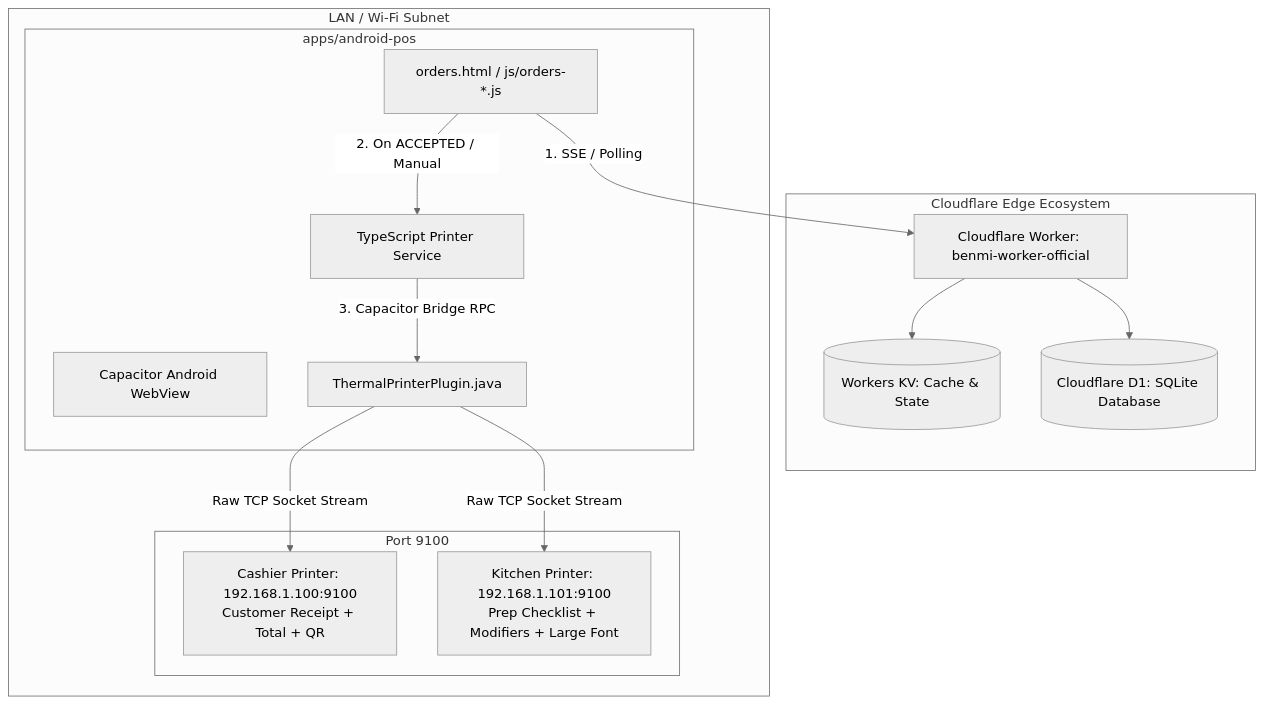
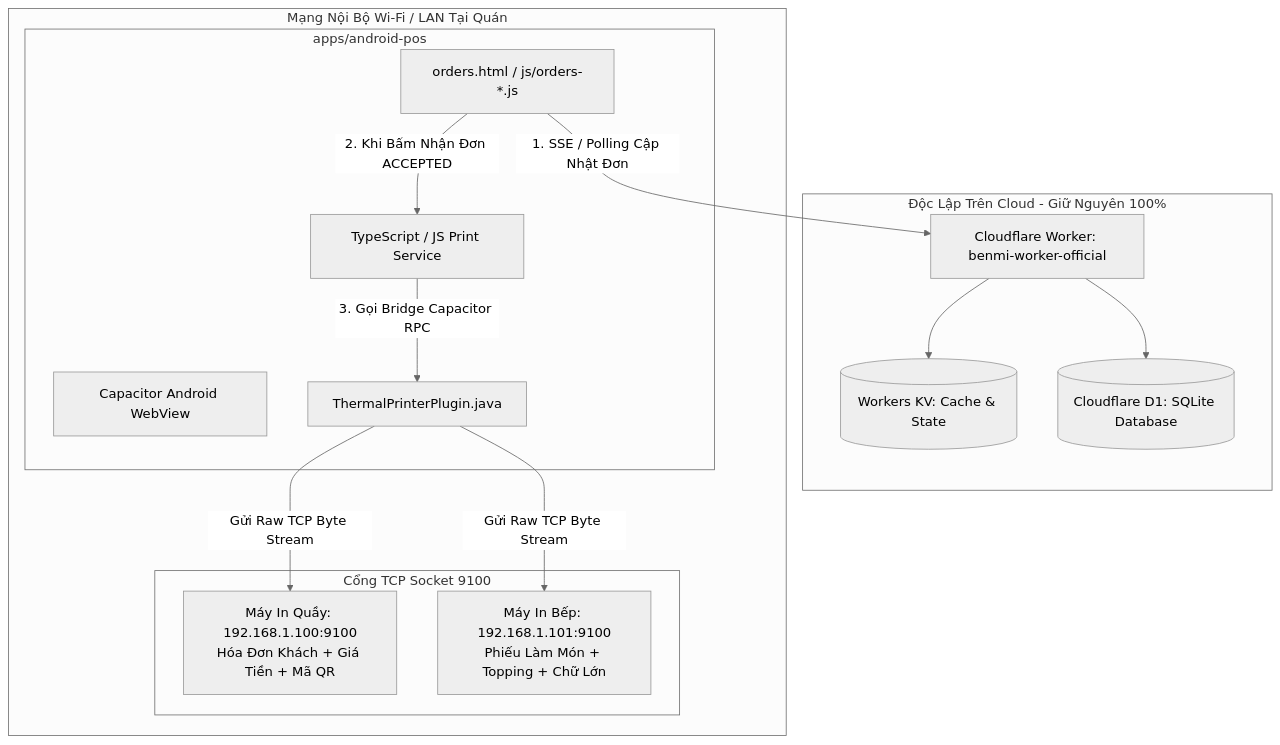
One commit to Thuanmai56/benmi-order changed the diagram in docs/proposals/android_pos_capacitor_thermal_printer/pdp_android_pos_capacitor_thermal_printer.md. Above: the diagram before and after it, drawn with Mermaid (neutral theme). The commit also changed other lines of this file, not shown here.

Commit message:
docs(pdp): rewrite Android POS and ESC/POS thermal printing proposal in Vietnamese

````diff
--- a/docs/proposals/android_pos_capacitor_thermal_printer/pdp_android_pos_capacitor_thermal_printer.md
+++ b/docs/proposals/android_pos_capacitor_thermal_printer/pdp_android_pos_capacitor_thermal_printer.md
@@ -32,31 +34,31 @@
 ```mermaid
 graph TD
-    subgraph Cloudflare Edge Ecosystem
+    subgraph Cloudflare Edge Ecosystem [Độc Lập Trên Cloud - Giữ Nguyên 100%]
         Worker[Cloudflare Worker: benmi-worker-official]
         KV[(Workers KV: Cache & State)]
         D1[(Cloudflare D1: SQLite Database)]
         Worker --> KV
         Worker --> D1
     end
 
-    subgraph Store Local Area Network [LAN / Wi-Fi Subnet]
+    subgraph Store Local Area Network [Mạng Nội Bộ Wi-Fi / LAN Tại Quán]
         subgraph Android Tablet POS [apps/android-pos]
             WebView[Capacitor Android WebView]
             PosUI[orders.html / js/orders-*.js]
-            PrintBridge[TypeScript Printer Service]
+            PrintBridge[TypeScript / JS Print Service]
             NativePlugin[ThermalPrinterPlugin.java]
             
-            PosUI -->|1. SSE / Polling| Worker
-            PosUI -->|2. On ACCEPTED / Manual| PrintBridge
-            PrintBridge -->|3. Capacitor Bridge RPC| NativePlugin
+            PosUI -->|1. SSE / Polling Cập Nhật Đơn| Worker
+            PosUI -->|2. Khi Bấm Nhận Đơn ACCEPTED| PrintBridge
+            PrintBridge -->|3. Gọi Bridge Capacitor RPC| NativePlugin
         end
 
-        subgraph Local Thermal Hardware [Port 9100]
-            CashierPrinter[Cashier Printer: 192.168.1.100:9100<br>Customer Receipt + Total + QR]
-            KitchenPrinter[Kitchen Printer: 192.168.1.101:9100<br>Prep Checklist + Modifiers + Large Font]
+        subgraph Local Thermal Hardware [Cổng TCP Socket 9100]
+            CashierPrinter[Máy In Quầy: 192.168.1.100:9100<br>Hóa Đơn Khách + Giá Tiền + Mã QR]
+            KitchenPrinter[Máy In Bếp: 192.168.1.101:9100<br>Phiếu Làm Món + Topping + Chữ Lớn]
         end
 
-        NativePlugin -->|Raw TCP Socket Stream| CashierPrinter
-        NativePlugin -->|Raw TCP Socket Stream| KitchenPrinter
+        NativePlugin -->|Gửi Raw TCP Byte Stream| CashierPrinter
+        NativePlugin -->|Gửi Raw TCP Byte Stream| KitchenPrinter
     end
 ```
````
